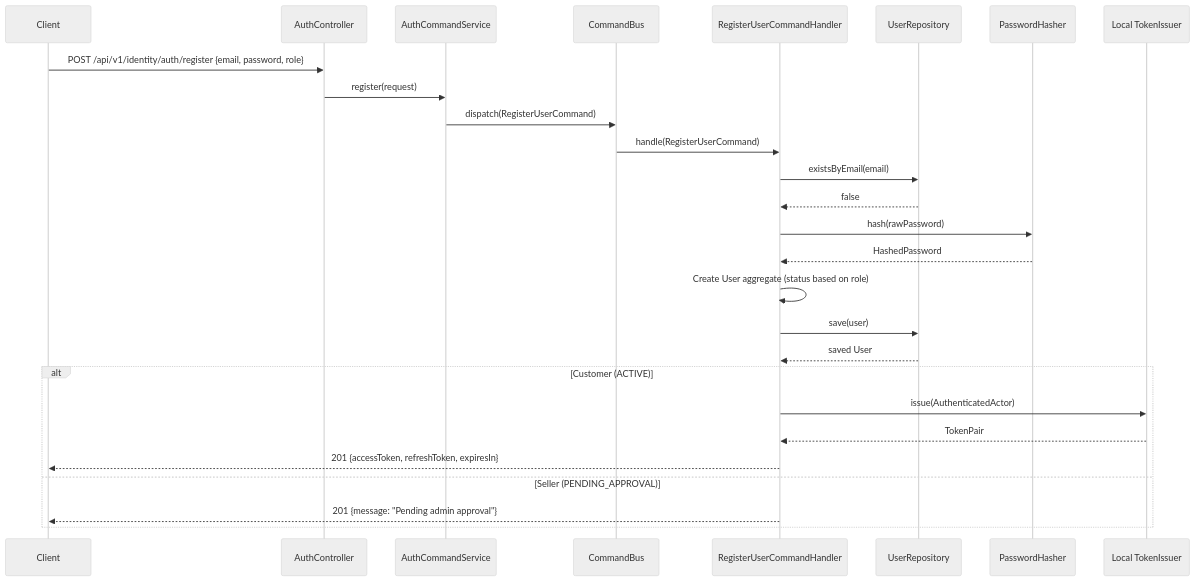
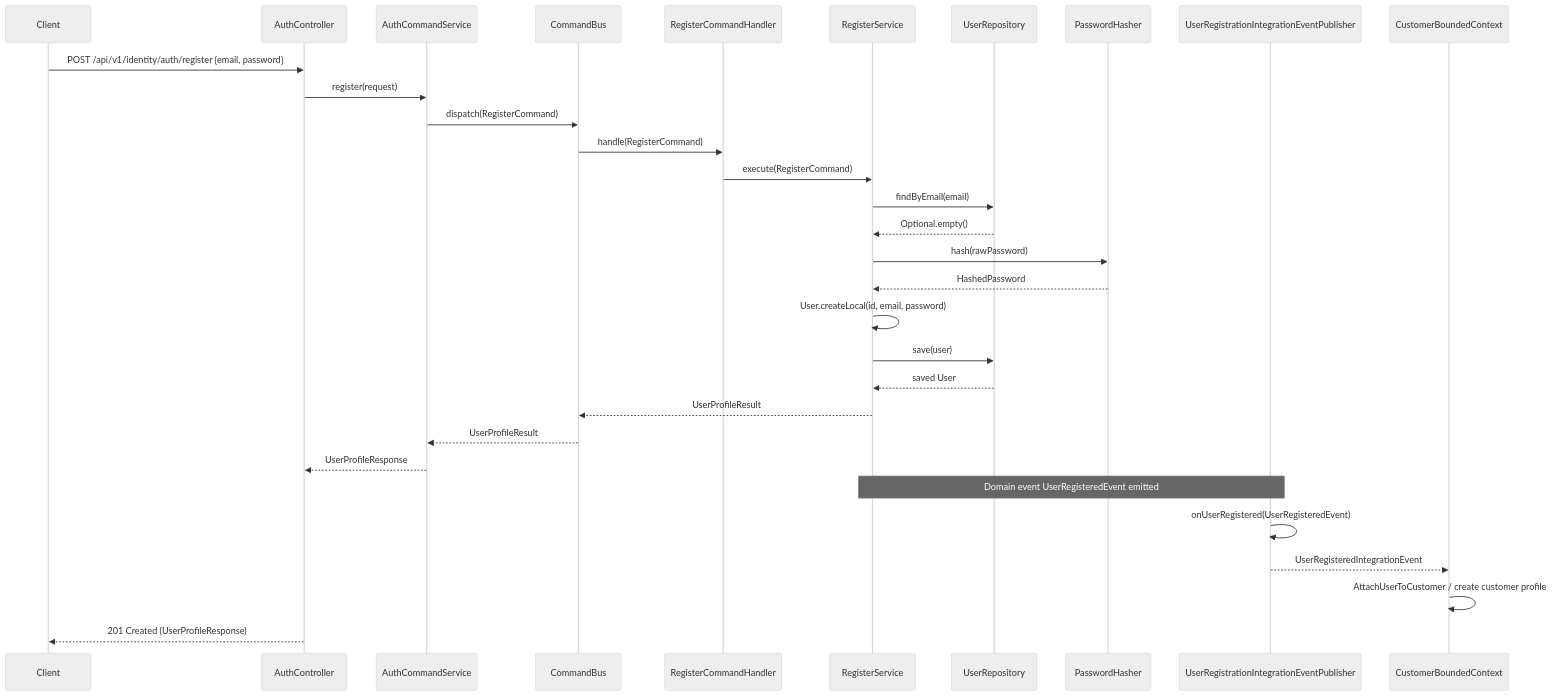
Before and after one commit to khinemyaezin/grab: the fourth of 7 diagrams in docs/dev/domain/identity/architecture/DGR_002-Identity_module_architecture.md, drawn with Mermaid (neutral theme). The commit also changed other lines of this file and 178 other files, not shown here.

Commit message:
feat: enhance identity module with merchant ID support and new security manifest commands

````diff
--- a/docs/dev/domain/identity/architecture/DGR_002-Identity_module_architecture.md
+++ b/docs/dev/domain/identity/architecture/DGR_002-Identity_module_architecture.md
@@ -122,31 +142,36 @@
 ```mermaid
 sequenceDiagram
     participant Client
     participant AuthController
     participant CommandService as AuthCommandService
     participant Bus as CommandBus
-    participant Handler as RegisterUserCommandHandler
-    participant Repo as UserRepository
+    participant Handler as RegisterCommandHandler
+    participant UseCase as RegisterService
+    participant UserRepo as UserRepository
     participant Hasher as PasswordHasher
-    participant Issuer as Local TokenIssuer
+    participant EventPub as UserRegistrationIntegrationEventPublisher
+    participant CustomerModule as CustomerBoundedContext
 
-    Client->>AuthController: POST /api/v1/identity/auth/register {email, password, role}
+    Client->>AuthController: POST /api/v1/identity/auth/register {email, password}
     AuthController->>CommandService: register(request)
-    CommandService->>Bus: dispatch(RegisterUserCommand)
-    Bus->>Handler: handle(RegisterUserCommand)
-    Handler->>Repo: existsByEmail(email)
-    Repo-->>Handler: false
-    Handler->>Hasher: hash(rawPassword)
-    Hasher-->>Handler: HashedPassword
-    Handler->>Handler: Create User aggregate (status based on role)
-    Handler->>Repo: save(user)
-    Repo-->>Handler: saved User
+    CommandService->>Bus: dispatch(RegisterCommand)
+    Bus->>Handler: handle(RegisterCommand)
+    Handler->>UseCase: execute(RegisterCommand)
+    UseCase->>UserRepo: findByEmail(email)
+    UserRepo-->>UseCase: Optional.empty()
+    UseCase->>Hasher: hash(rawPassword)
+    Hasher-->>UseCase: HashedPassword
+    UseCase->>UseCase: User.createLocal(id, email, password)
+    UseCase->>UserRepo: save(user)
+    UserRepo-->>UseCase: saved User
+    UseCase-->>Bus: UserProfileResult
+    Bus-->>CommandService: UserProfileResult
+    CommandService-->>AuthController: UserProfileResponse
 
-    alt Customer (ACTIVE)
-        Handler->>Issuer: issue(AuthenticatedActor)
-        Issuer-->>Handler: TokenPair
-        Handler-->>Client: 201 {accessToken, refreshToken, expiresIn}
-    else Seller (PENDING_APPROVAL)
-        Handler-->>Client: 201 {message: "Pending admin approval"}
-    end
+    Note over UseCase,EventPub: Domain event UserRegisteredEvent emitted
+    EventPub->>EventPub: onUserRegistered(UserRegisteredEvent)
+    EventPub-->>CustomerModule: UserRegisteredIntegrationEvent
+    CustomerModule->>CustomerModule: AttachUserToCustomer / create customer profile
+
+    AuthController-->>Client: 201 Created (UserProfileResponse)
 ```
````
